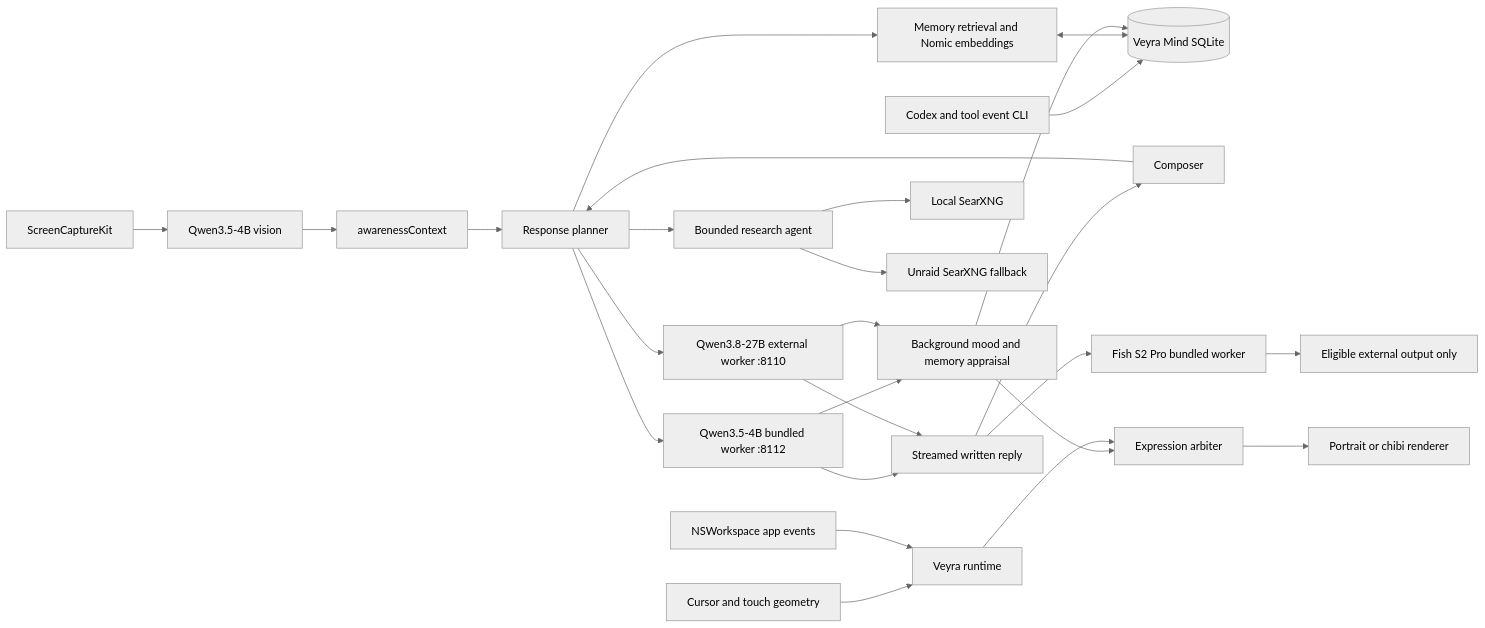
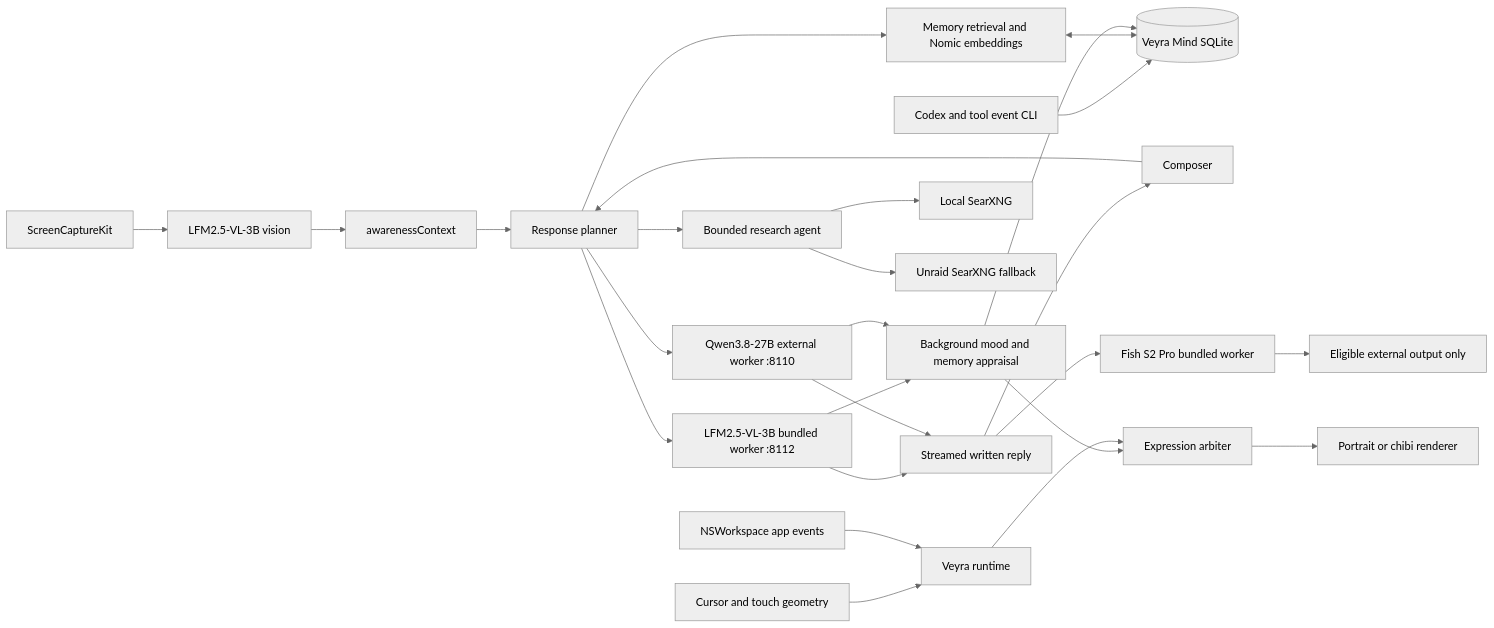
One commit to AIMDaAlien/Obsidian-Vault changed the diagram in Projects/Veyra Companion/01 - Architecture and Implementation Plan.md. Above: the diagram before and after it, drawn with Mermaid (neutral theme). The commit also changed other lines of this file and 3 other files, not shown here.

````diff
--- a/Projects/Veyra Companion/01 - Architecture and Implementation Plan.md
+++ b/Projects/Veyra Companion/01 - Architecture and Implementation Plan.md
@@ -11,28 +11,28 @@
 ```mermaid
 flowchart LR
     Cursor[Cursor and touch geometry] --> Runtime[Veyra runtime]
-    Screen[ScreenCaptureKit] --> Vision[Qwen3.5-4B vision]
+    Screen[ScreenCaptureKit] --> Vision[LFM2.5-VL-3B vision]
     Vision --> Awareness[awarenessContext]
     Apps[NSWorkspace app events] --> Runtime
     CLI[Codex and tool event CLI] --> Mind[(Veyra Mind SQLite)]
     Composer[Composer] --> Router[Response planner]
     Router --> Memory[Memory retrieval and Nomic embeddings]
     Memory <--> Mind
     Awareness --> Router
     Router --> Research[Bounded research agent]
     Research --> LocalSearX[Local SearXNG]
     Research --> UnraidSearX[Unraid SearXNG fallback]
-    Router --> Fast[Qwen3.5-4B bundled worker :8112]
+    Router --> Fast[LFM2.5-VL-3B bundled worker :8112]
     Router --> Deep[Qwen3.8-27B external worker :8110]
     Fast --> Stream[Streamed written reply]
     Deep --> Stream
     Stream --> TTS[Fish S2 Pro bundled worker]
     TTS --> Audio[Eligible external output only]
     Fast --> Appraisal[Background mood and memory appraisal]
     Deep --> Appraisal
     Appraisal --> Mind
     Appraisal --> Arbiter[Expression arbiter]
     Runtime --> Arbiter
     Arbiter --> Renderer[Portrait or chibi renderer]
     Stream --> Composer
 ```
````
